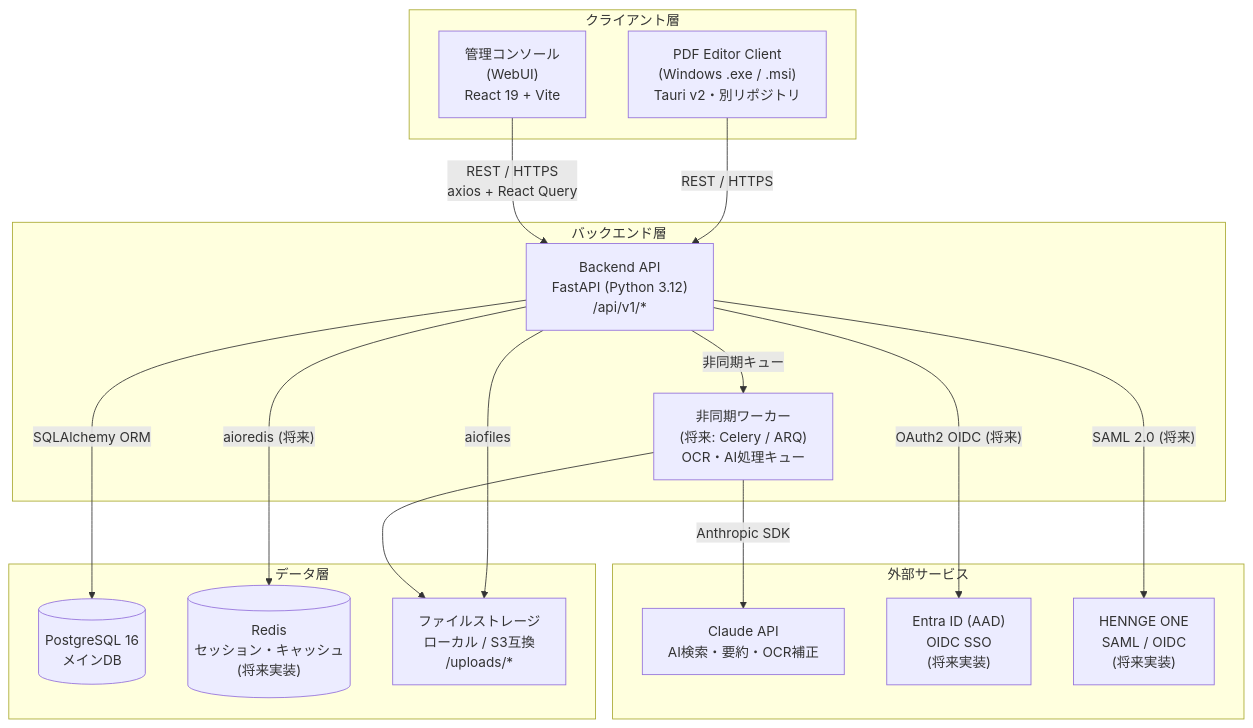
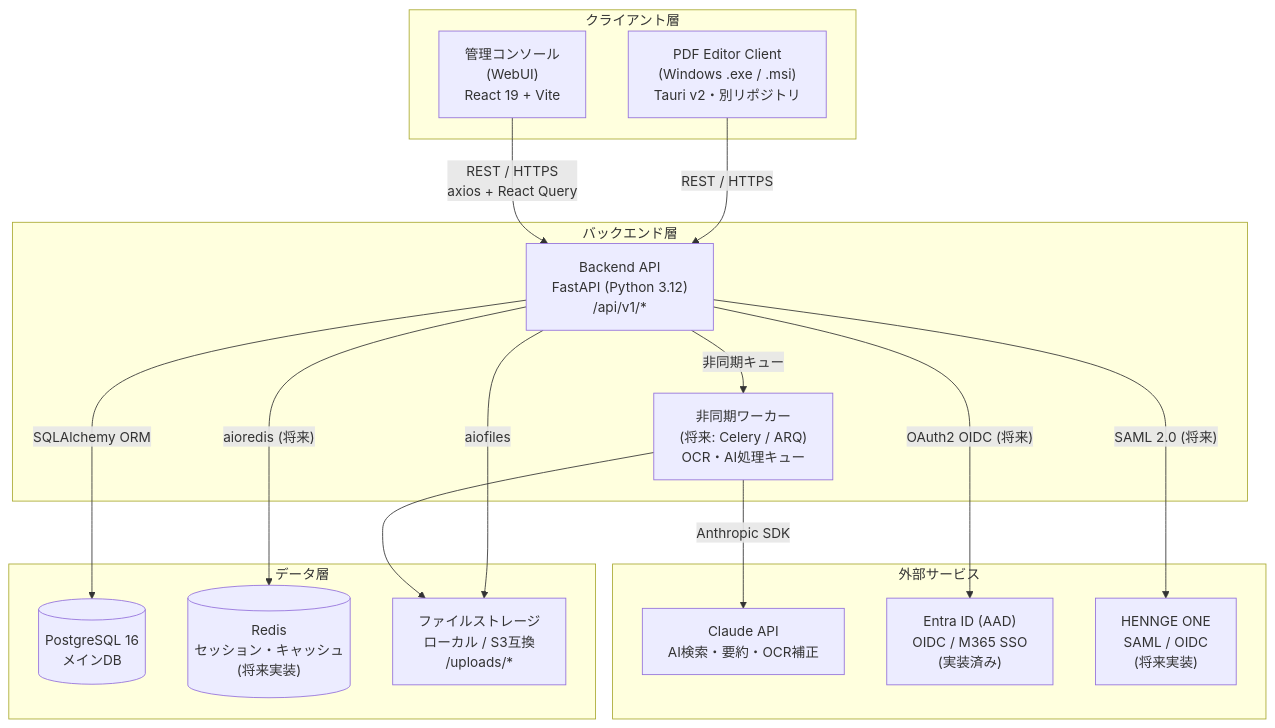
One commit to mirai-construction-dx/CivilPDF-DX changed the first of 4 diagrams in docs/architecture/system-architecture.md. Above: the diagram before and after it, drawn with Mermaid. The commit also changed other lines of this file and 4 other files, not shown here.

````diff
--- a/docs/architecture/system-architecture.md
+++ b/docs/architecture/system-architecture.md
@@ -9,38 +9,38 @@
 ```mermaid
 flowchart TB
     subgraph clients["クライアント層"]
         GUI["PDF Editor Client\n(Windows .exe / .msi)\nTauri v2・別リポジトリ"]
         WEB["管理コンソール\n(WebUI)\nReact 19 + Vite"]
     end
 
     subgraph backend["バックエンド層"]
         API["Backend API\nFastAPI (Python 3.12)\n/api/v1/*"]
         WORKER["非同期ワーカー\n(将来: Celery / ARQ)\nOCR・AI処理キュー"]
     end
 
     subgraph data["データ層"]
         PG[("PostgreSQL 16\nメインDB")]
         REDIS[("Redis\nセッション・キャッシュ\n(将来実装)")]
         FS["ファイルストレージ\nローカル / S3互換\n/uploads/*"]
     end
 
     subgraph external["外部サービス"]
         CLAUDE["Claude API\nAI検索・要約・OCR補正"]
-        ENTRA["Entra ID (AAD)\nOIDC SSO\n(将来実装)"]
+        ENTRA["Entra ID (AAD)\nOIDC / M365 SSO\n(実装済み)"]
         HENNGE["HENNGE ONE\nSAML / OIDC\n(将来実装)"]
     end
 
     GUI -->|"REST / HTTPS"| API
     WEB -->|"REST / HTTPS\naxios + React Query"| API
 
     API -->|"SQLAlchemy ORM"| PG
     API -->|"aiofiles"| FS
     API -->|"aioredis (将来)"| REDIS
     API -->|"非同期キュー"| WORKER
 
     WORKER -->|"Anthropic SDK"| CLAUDE
     WORKER --> FS
 
     API -->|"OAuth2 OIDC (将来)"| ENTRA
     API -->|"SAML 2.0 (将来)"| HENNGE
 ```
````
